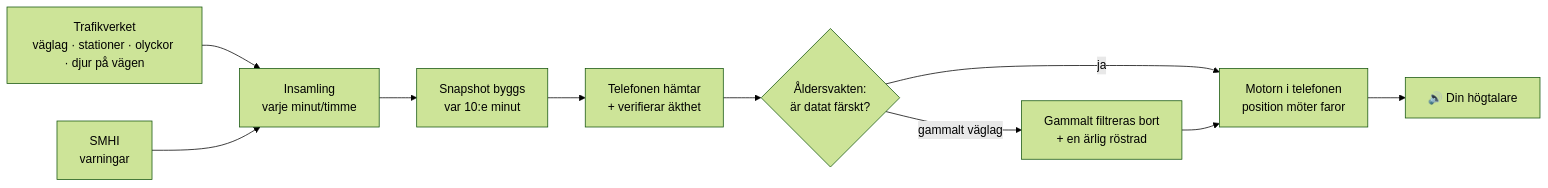
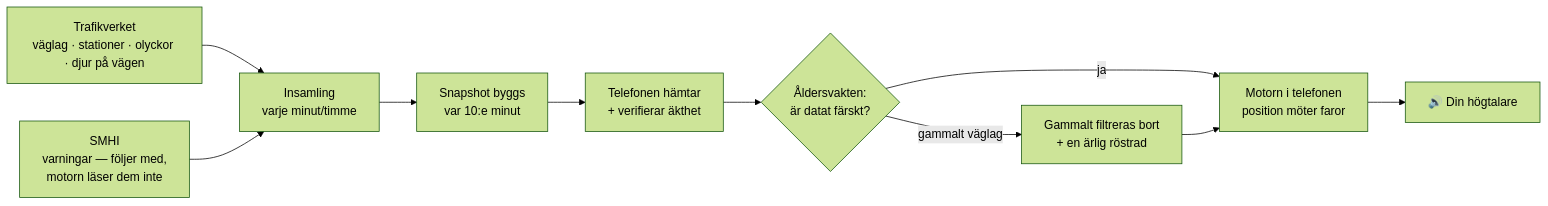
One commit to Axelstar/Halkvakt changed the second of 4 diagrams in docs/PRODUKTBOK.md. Above: the diagram before and after it, drawn with Mermaid (forest theme). The commit also changed other lines of this file and 6 other files, not shown here.

````diff
--- a/docs/PRODUKTBOK.md
+++ b/docs/PRODUKTBOK.md
@@ -211,12 +218,12 @@
 ```mermaid
 flowchart LR
     TV[Trafikverket<br/>väglag · stationer · olyckor · djur på vägen] --> I[Insamling<br/>varje minut/timme]
-    SM[SMHI<br/>varningar] --> I
+    SM[SMHI<br/>varningar — följer med,<br/>motorn läser dem inte] --> I
     I --> S[Snapshot byggs<br/>var 10:e minut]
     S --> T[Telefonen hämtar<br/>+ verifierar äkthet]
     T --> Å{Åldersvakten:<br/>är datat färskt?}
     Å -- ja --> M[Motorn i telefonen<br/>position möter faror]
     Å -- "gammalt väglag" --> M2[Gammalt filtreras bort<br/>+ en ärlig röstrad]
     M2 --> M
     M --> R[🔊 Din högtalare]
 ```
````
